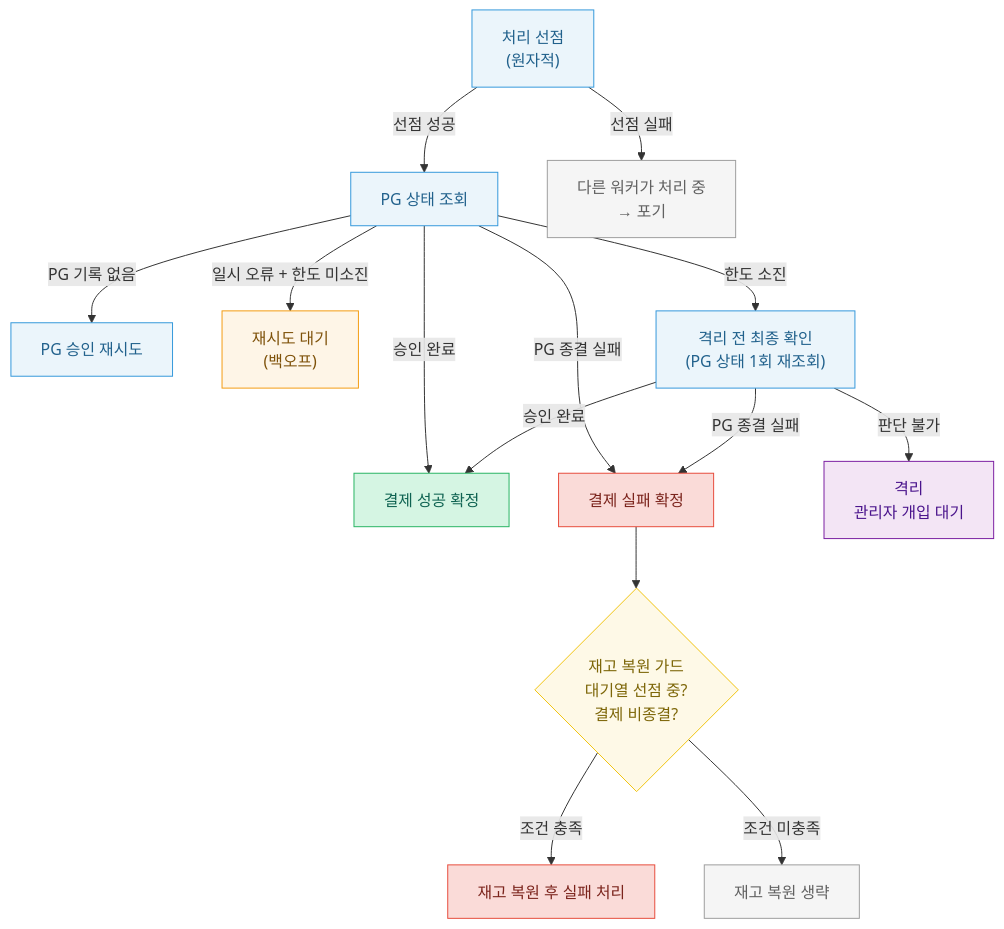
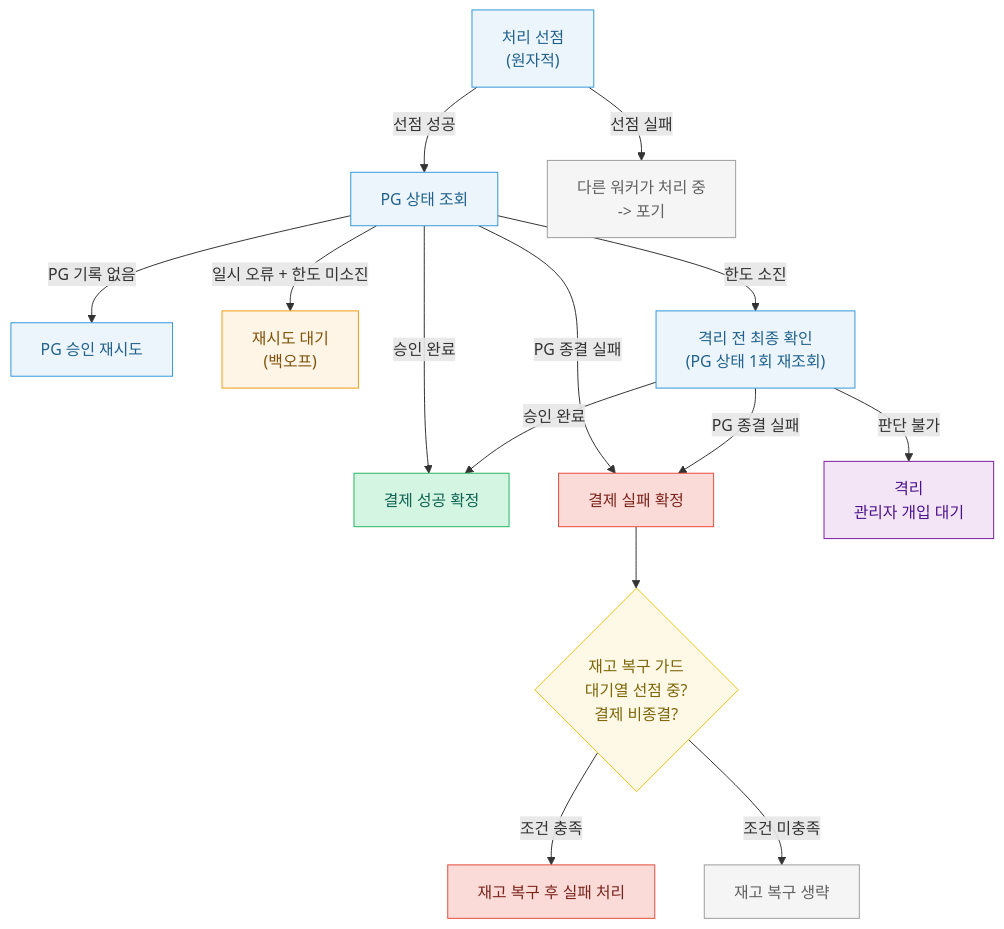
The sixth of 9 diagrams in README.md (hyoguoo/payment-platform), drawn with Mermaid before and after one commit. The commit also changed other lines of this file and 3 other files, not shown here.

````diff
--- a/README.md
+++ b/README.md
@@ -303,24 +305,24 @@
 ```mermaid
 flowchart TD
     classDef success fill: #D5F5E3,color: #0E6251,stroke: #28B463
     classDef retryable fill: #FEF5E7,color: #7E5109,stroke: #F39C12
     classDef failure fill: #FADBD8,color: #7B241C,stroke: #E74C3C
     classDef action fill: #EBF5FB,color: #21618C,stroke: #3498DB
     classDef quarantine fill: #F3E5F5,color: #4A148C,stroke: #7B1FA2
     classDef check fill: #FEF9E7,color: #7D6608,stroke: #F1C40F
     classDef skip fill: #F5F5F5,color: #616161,stroke: #9E9E9E
     CL["처리 선점\n(원자적)"]:::action
     CL -->|" 선점 성공 "| GS["PG 상태 조회"]:::action
-    CL -->|" 선점 실패 "| SKIP["다른 워커가 처리 중\n→ 포기"]:::skip
+    CL -->|" 선점 실패 "| SKIP["다른 워커가 처리 중\n-> 포기"]:::skip
     GS -->|" 승인 완료 "| SUCCESS["결제 성공 확정"]:::success
     GS -->|" PG 종결 실패 "| FAILURE["결제 실패 확정"]:::failure
     GS -->|" PG 기록 없음 "| CONFIRM["PG 승인 재시도"]:::action
     GS -->|" 일시 오류 + 한도 미소진 "| RETRY["재시도 대기\n(백오프)"]:::retryable
     GS -->|" 한도 소진 "| FINAL["격리 전 최종 확인\n(PG 상태 1회 재조회)"]:::action
     FINAL -->|" 승인 완료 "| SUCCESS
     FINAL -->|" PG 종결 실패 "| FAILURE
     FINAL -->|" 판단 불가 "| QU["격리\n관리자 개입 대기"]:::quarantine
-    FAILURE --> GUARD{"재고 복원 가드\n대기열 선점 중?\n결제 비종결?"}:::check
-    GUARD -->|" 조건 충족 "| COMP["재고 복원 후 실패 처리"]:::failure
-    GUARD -->|" 조건 미충족 "| GSKIP["재고 복원 생략"]:::skip
+    FAILURE --> GUARD{"재고 복구 가드\n대기열 선점 중?\n결제 비종결?"}:::check
+    GUARD -->|" 조건 충족 "| COMP["재고 복구 후 실패 처리"]:::failure
+    GUARD -->|" 조건 미충족 "| GSKIP["재고 복구 생략"]:::skip
 ```
````
